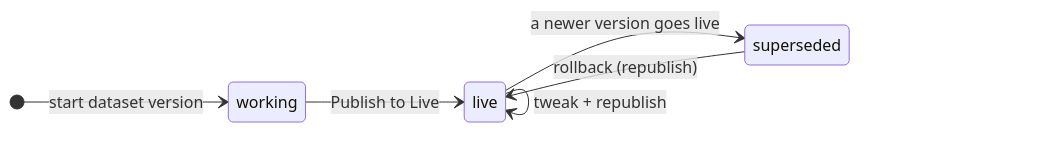
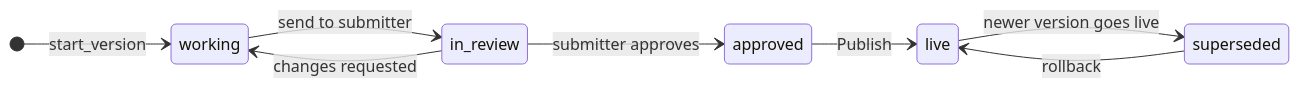
Before and after one commit to UAMS-DBMI/posda-release-module: diagram 17 of 22 in notes/WP_UPDATES.md, drawn with Mermaid. The commit also changed other lines of this file, not shown here.

````diff
--- a/notes/WP_UPDATES.md
+++ b/notes/WP_UPDATES.md
@@ -828,9 +835,11 @@
 ```mermaid
 stateDiagram-v2
     direction LR
-    [*] --> working: start dataset version
-    working --> live: Publish to Live
-    live --> live: tweak + republish
-    live --> superseded: a newer version goes live
-    superseded --> live: rollback (republish)
+    [*] --> working: start_version
+    working --> in_review: send to submitter
+    in_review --> working: changes requested
+    in_review --> approved: submitter approves
+    approved --> live: Publish
+    live --> superseded: newer version goes live
+    superseded --> live: rollback
 ```
````
